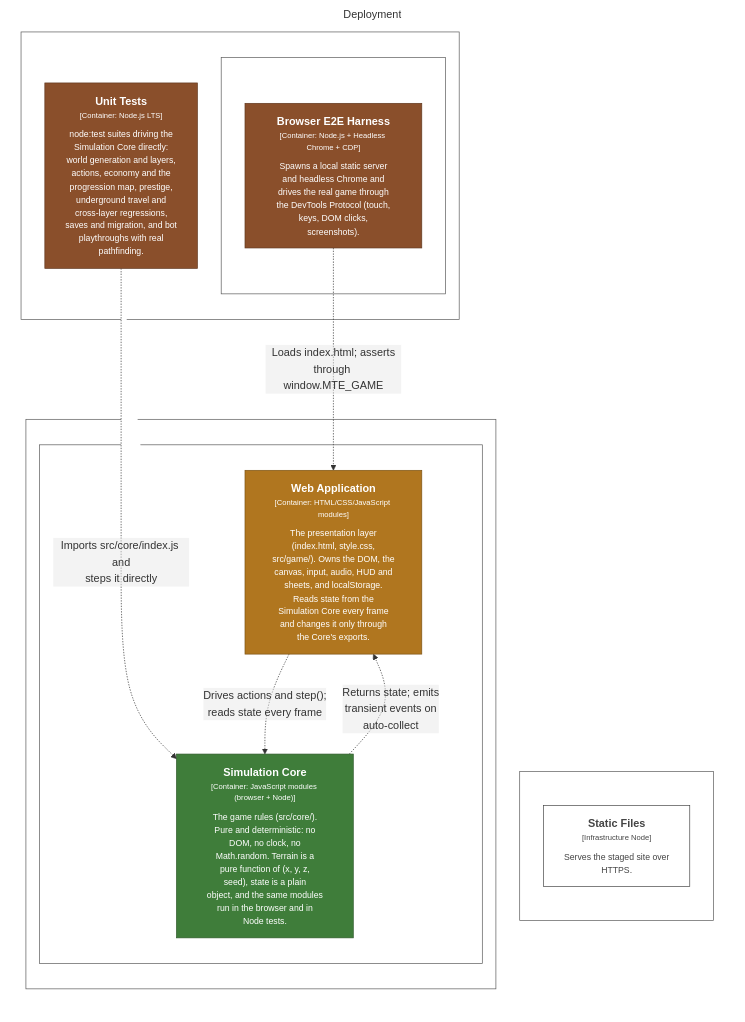
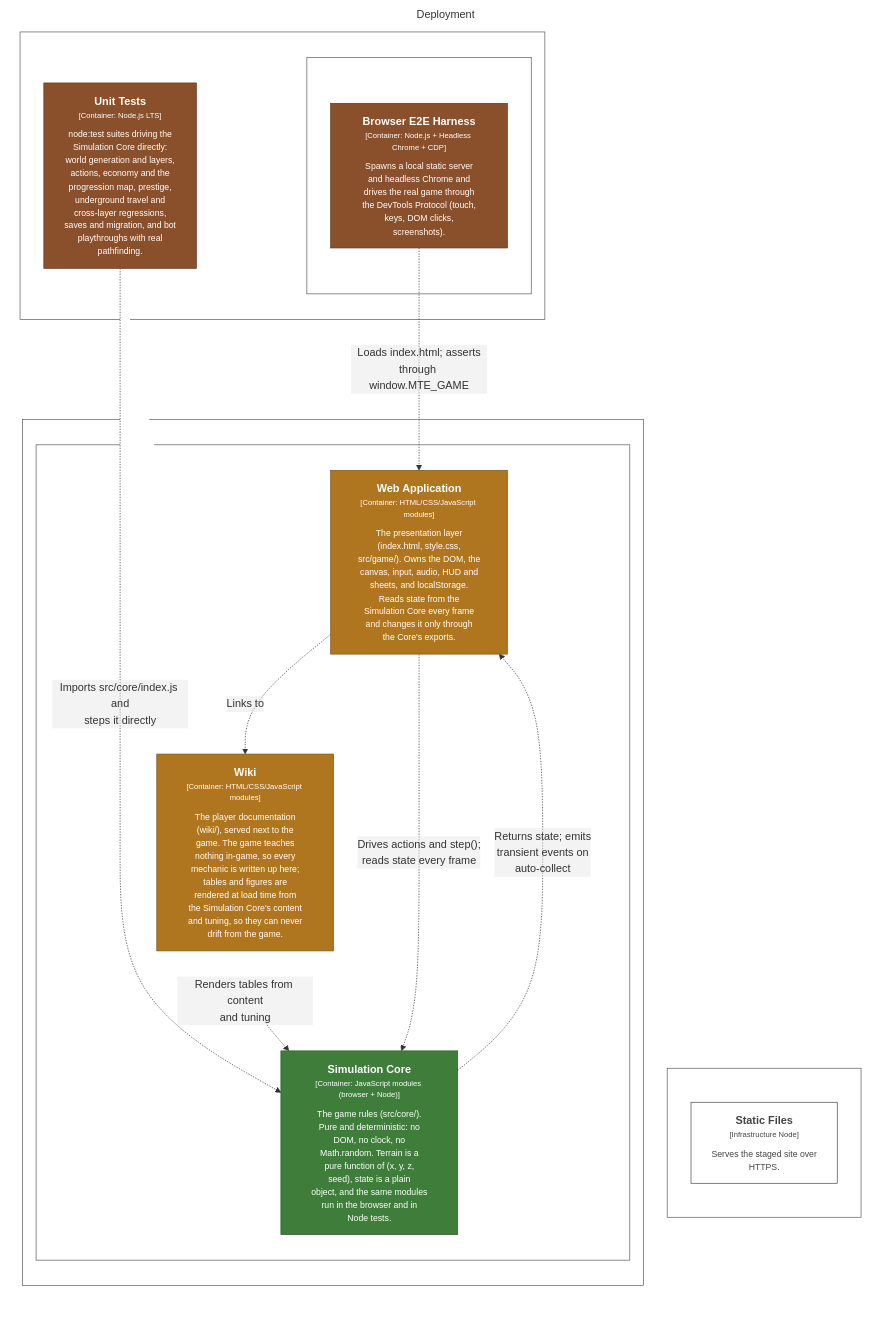
The diagram in structurizr/diagrams/Deployment.mmd (bitkojine/more-than-enough), drawn with Mermaid before and after one commit. The commit also changed 37 other files, not shown here.

First line of the commit message:
v0.20.0: no in-game teaching, everything in a wiki

```diff
--- a/structurizr/diagrams/Deployment.mmd
+++ b/structurizr/diagrams/Deployment.mmd
@@ -1,48 +1,52 @@
 %% Generated from structurizr/workspace.dsl — do not edit; run: node structurizr/scripts/structurizr.mjs mermaid
 graph LR
   linkStyle default fill:#ffffff
 
   subgraph diagram ["Deployment"]
     style diagram fill:#ffffff,stroke:#ffffff
 
-    subgraph 66 ["Browser"]
-      style 66 fill:#ffffff,stroke:#575757,color:#ffffff
+    subgraph 70 ["Browser"]
+      style 70 fill:#ffffff,stroke:#575757,color:#ffffff
 
-      subgraph 67 ["Browser tab"]
-        style 67 fill:#ffffff,stroke:#575757,color:#ffffff
+      subgraph 71 ["Browser tab"]
+        style 71 fill:#ffffff,stroke:#575757,color:#ffffff
 
-        68["<div style='font-weight: bold'>Web Application</div><div style='font-size: 70%; margin-top: 0px'>[Container: HTML/CSS/JavaScript modules]</div><div style='font-size: 80%; margin-top:10px'>The presentation layer<br />(index.html, style.css,<br />src/game/). Owns the DOM, the<br />canvas, input, audio, HUD and<br />sheets, and localStorage.<br />Reads state from the<br />Simulation Core every frame<br />and changes it only through<br />the Core's exports.</div>"]
-        style 68 fill:#b0761f,stroke:#7b5215,color:#ffffff
-        69["<div style='font-weight: bold'>Simulation Core</div><div style='font-size: 70%; margin-top: 0px'>[Container: JavaScript modules (browser + Node)]</div><div style='font-size: 80%; margin-top:10px'>The game rules (src/core/).<br />Pure and deterministic: no<br />DOM, no clock, no<br />Math.random. Terrain is a<br />pure function of (x, y, z,<br />seed), state is a plain<br />object, and the same modules<br />run in the browser and in<br />Node tests.</div>"]
-        style 69 fill:#3f7d3a,stroke:#2c5728,color:#ffffff
+        72["<div style='font-weight: bold'>Web Application</div><div style='font-size: 70%; margin-top: 0px'>[Container: HTML/CSS/JavaScript modules]</div><div style='font-size: 80%; margin-top:10px'>The presentation layer<br />(index.html, style.css,<br />src/game/). Owns the DOM, the<br />canvas, input, audio, HUD and<br />sheets, and localStorage.<br />Reads state from the<br />Simulation Core every frame<br />and changes it only through<br />the Core's exports.</div>"]
+        style 72 fill:#b0761f,stroke:#7b5215,color:#ffffff
+        73["<div style='font-weight: bold'>Wiki</div><div style='font-size: 70%; margin-top: 0px'>[Container: HTML/CSS/JavaScript modules]</div><div style='font-size: 80%; margin-top:10px'>The player documentation<br />(wiki/), served next to the<br />game. The game teaches<br />nothing in-game, so every<br />mechanic is written up here;<br />tables and figures are<br />rendered at load time from<br />the Simulation Core's content<br />and tuning, so they can never<br />drift from the game.</div>"]
+        style 73 fill:#b0761f,stroke:#7b5215,color:#ffffff
+        75["<div style='font-weight: bold'>Simulation Core</div><div style='font-size: 70%; margin-top: 0px'>[Container: JavaScript modules (browser + Node)]</div><div style='font-size: 80%; margin-top:10px'>The game rules (src/core/).<br />Pure and deterministic: no<br />DOM, no clock, no<br />Math.random. Terrain is a<br />pure function of (x, y, z,<br />seed), state is a plain<br />object, and the same modules<br />run in the browser and in<br />Node tests.</div>"]
+        style 75 fill:#3f7d3a,stroke:#2c5728,color:#ffffff
       end
 
     end
 
-    subgraph 72 ["GitHub Pages"]
-      style 72 fill:#ffffff,stroke:#575757,color:#ffffff
+    subgraph 79 ["GitHub Pages"]
+      style 79 fill:#ffffff,stroke:#575757,color:#ffffff
 
-      73["<div style='font-weight: bold'>Static Files</div><div style='font-size: 70%; margin-top: 0px'>[Infrastructure Node]</div><div style='font-size: 80%; margin-top:10px'>Serves the staged site over<br />HTTPS.</div>"]
-      style 73 fill:#ffffff,stroke:#444444,color:#444444
+      80["<div style='font-weight: bold'>Static Files</div><div style='font-size: 70%; margin-top: 0px'>[Infrastructure Node]</div><div style='font-size: 80%; margin-top:10px'>Serves the staged site over<br />HTTPS.</div>"]
+      style 80 fill:#ffffff,stroke:#444444,color:#444444
     end
 
-    subgraph 74 ["Node.js LTS"]
-      style 74 fill:#ffffff,stroke:#575757,color:#ffffff
+    subgraph 81 ["Node.js LTS"]
+      style 81 fill:#ffffff,stroke:#575757,color:#ffffff
 
-      75["<div style='font-weight: bold'>Unit Tests</div><div style='font-size: 70%; margin-top: 0px'>[Container: Node.js LTS]</div><div style='font-size: 80%; margin-top:10px'>node:test suites driving the<br />Simulation Core directly:<br />world generation and layers,<br />actions, economy and the<br />progression map, prestige,<br />underground travel and<br />cross-layer regressions,<br />saves and migration, and bot<br />playthroughs with real<br />pathfinding.</div>"]
-      style 75 fill:#8a4f2b,stroke:#60371e,color:#ffffff
-      subgraph 77 ["Headless Chrome"]
-        style 77 fill:#ffffff,stroke:#575757,color:#ffffff
+      82["<div style='font-weight: bold'>Unit Tests</div><div style='font-size: 70%; margin-top: 0px'>[Container: Node.js LTS]</div><div style='font-size: 80%; margin-top:10px'>node:test suites driving the<br />Simulation Core directly:<br />world generation and layers,<br />actions, economy and the<br />progression map, prestige,<br />underground travel and<br />cross-layer regressions,<br />saves and migration, and bot<br />playthroughs with real<br />pathfinding.</div>"]
+      style 82 fill:#8a4f2b,stroke:#60371e,color:#ffffff
+      subgraph 84 ["Headless Chrome"]
+        style 84 fill:#ffffff,stroke:#575757,color:#ffffff
 
-        78["<div style='font-weight: bold'>Browser E2E Harness</div><div style='font-size: 70%; margin-top: 0px'>[Container: Node.js + Headless Chrome + CDP]</div><div style='font-size: 80%; margin-top:10px'>Spawns a local static server<br />and headless Chrome and<br />drives the real game through<br />the DevTools Protocol (touch,<br />keys, DOM clicks,<br />screenshots).</div>"]
-        style 78 fill:#8a4f2b,stroke:#60371e,color:#ffffff
+        85["<div style='font-weight: bold'>Browser E2E Harness</div><div style='font-size: 70%; margin-top: 0px'>[Container: Node.js + Headless Chrome + CDP]</div><div style='font-size: 80%; margin-top:10px'>Spawns a local static server<br />and headless Chrome and<br />drives the real game through<br />the DevTools Protocol (touch,<br />keys, DOM clicks,<br />screenshots).</div>"]
+        style 85 fill:#8a4f2b,stroke:#60371e,color:#ffffff
       end
 
     end
 
-    69-. "<div>Returns state; emits<br />transient events on<br />auto-collect</div><div style='font-size: 70%'></div>" .->68
-    68-. "<div>Drives actions and step();<br />reads state every frame</div><div style='font-size: 70%'></div>" .->69
-    75-. "<div>Imports src/core/index.js and<br />steps it directly</div><div style='font-size: 70%'></div>" .->69
-    78-. "<div>Loads index.html; asserts<br />through window.MTE_GAME</div><div style='font-size: 70%'></div>" .->68
+    72-. "<div>Links to</div><div style='font-size: 70%'></div>" .->73
+    75-. "<div>Returns state; emits<br />transient events on<br />auto-collect</div><div style='font-size: 70%'></div>" .->72
+    72-. "<div>Drives actions and step();<br />reads state every frame</div><div style='font-size: 70%'></div>" .->75
+    73-. "<div>Renders tables from content<br />and tuning</div><div style='font-size: 70%'></div>" .->75
+    82-. "<div>Imports src/core/index.js and<br />steps it directly</div><div style='font-size: 70%'></div>" .->75
+    85-. "<div>Loads index.html; asserts<br />through window.MTE_GAME</div><div style='font-size: 70%'></div>" .->72
 
   end
```
